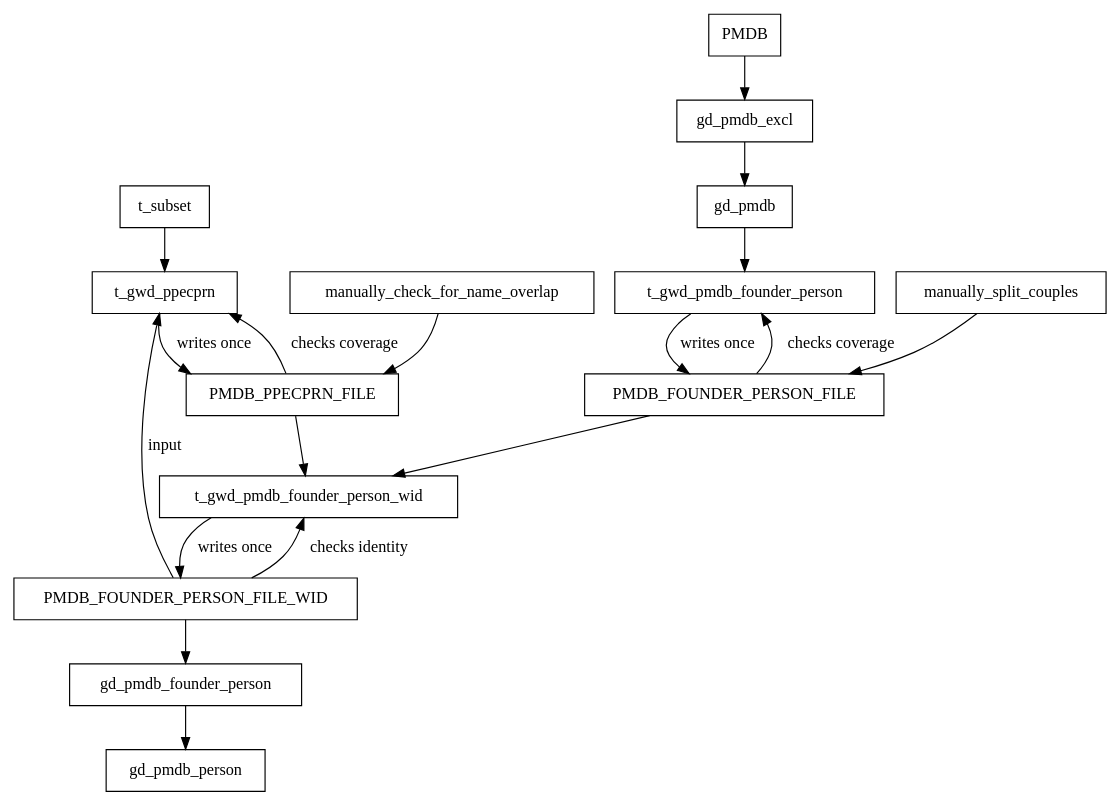
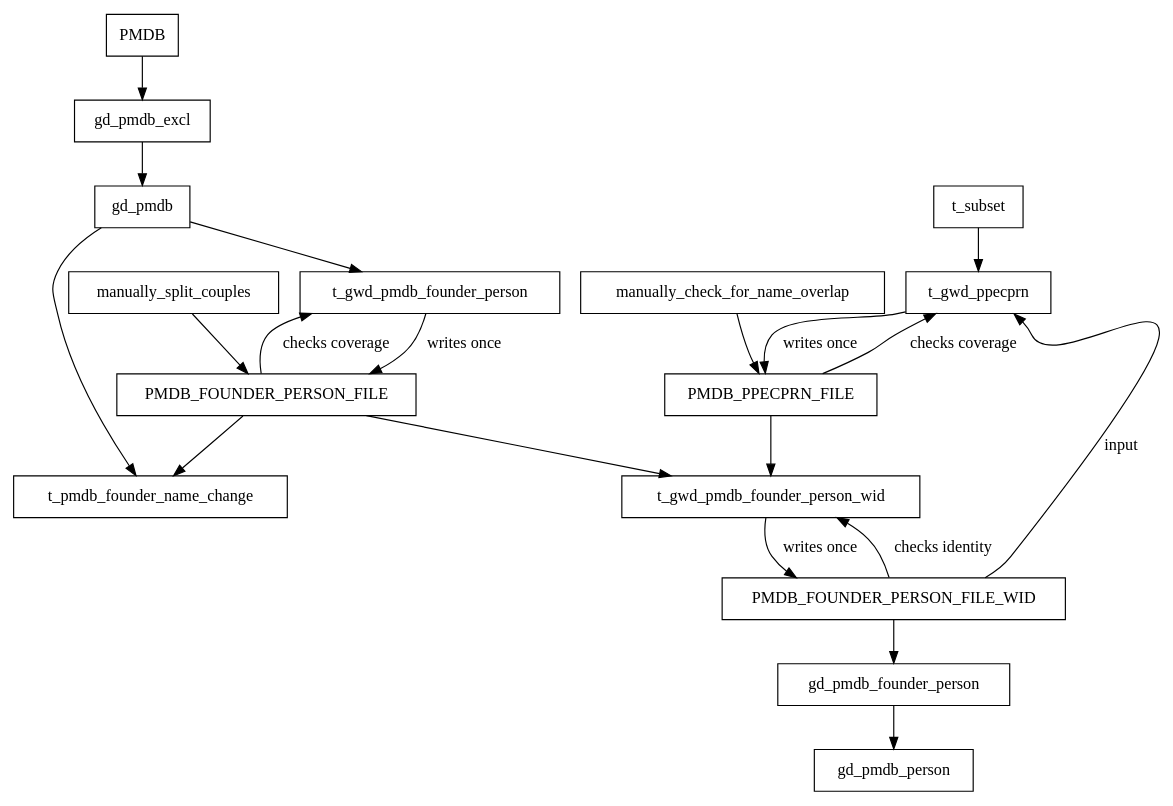
The first of 3 diagrams in doc/doc_pmdata.org (swhalemwo/pmdata), drawn with Graphviz before and after one commit. The commit also changed 4 other files, not shown here.

Commit message:
update PMDB founder name checks: use new file, update flow, upgrade tests

```diff
--- a/doc/doc_pmdata.org
+++ b/doc/doc_pmdata.org
@@ -8,42 +8,45 @@
 #+begin_src dot :file pmdb_flow.png
 digraph D {
   node[shape = "record"]
   PMDB -> gd_pmdb_excl
   gd_pmdb_excl -> gd_pmdb
 
 
 
   gd_pmdb -> t_gwd_pmdb_founder_person
   PMDB_FOUNDER_PERSON_FILE -> t_gwd_pmdb_founder_person[label="checks coverage"]
   t_gwd_pmdb_founder_person -> PMDB_FOUNDER_PERSON_FILE[label="writes once"]
 
   manually_split_couples -> PMDB_FOUNDER_PERSON_FILE
   manually_check_for_name_overlap -> PMDB_PPECPRN_FILE
+
+  PMDB_FOUNDER_PERSON_FILE -> t_pmdb_founder_name_change
+  gd_pmdb -> t_pmdb_founder_name_change
 
   // PMDB_PPECPRN_FILE -> gd_pmdb_founder_person
   // PMDB_FOUNDER_PERSON_FILE -> gd_pmdb_founder_person
   
   // PMDB_FOUNDER_PERSON_FILE -> t_gwd_ppecprn
 
   // PMDB_PPECPRN_FILE -> t_gwd_pmdb_ppecprn[label="checks coverage", force=0]
   // for some reason need dir back here to get proper order..
   t_subset -> t_gwd_ppecprn
   t_gwd_ppecprn -> PMDB_PPECPRN_FILE[label="writes once"]
   t_gwd_ppecprn -> PMDB_PPECPRN_FILE[dir = "back", label="checks coverage"]
   
 
   gd_pmdb_founder_person -> gd_pmdb_person
 
   PMDB_PPECPRN_FILE -> t_gwd_pmdb_founder_person_wid
 
   PMDB_FOUNDER_PERSON_FILE -> t_gwd_pmdb_founder_person_wid
   t_gwd_pmdb_founder_person_wid -> PMDB_FOUNDER_PERSON_FILE_WID[label="writes once"]
   PMDB_FOUNDER_PERSON_FILE_WID -> t_gwd_pmdb_founder_person_wid[label="checks identity"]
 
   PMDB_FOUNDER_PERSON_FILE_WID -> gd_pmdb_founder_person
 
   t_gwd_ppecprn -> PMDB_FOUNDER_PERSON_FILE_WID[dir=back,label="input"]
 
 
 }
 #+end_src
```
